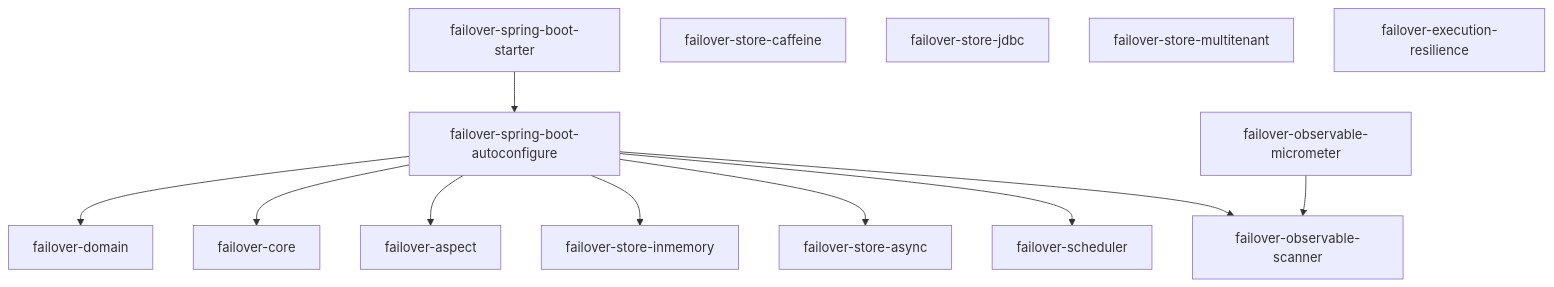
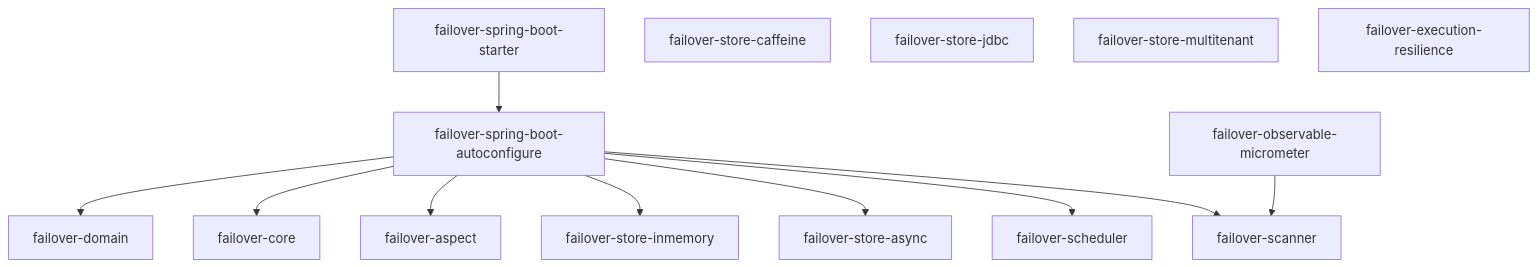
Before and after one commit to societe-generale/failover: the diagram in docs/modules/index.md, drawn with Mermaid. The commit also changed other lines of this file and 18 other files, not shown here.

First line of the commit message:
refactor: rename the failover observable scanner to failover scanner, report to failover test report (#152)

````diff
--- a/docs/modules/index.md
+++ b/docs/modules/index.md
@@ -9,27 +9,27 @@
 ```mermaid
 flowchart TD
     STARTER[failover-spring-boot-starter]
     AC[failover-spring-boot-autoconfigure]
     DOMAIN[failover-domain]
     CORE[failover-core]
     ASPECT[failover-aspect]
     IMM[failover-store-inmemory]
     CAF[failover-store-caffeine]
     JDBC[failover-store-jdbc]
     ASYNC[failover-store-async]
     MT[failover-store-multitenant]
     RES[failover-execution-resilience]
     SCHED[failover-scheduler]
-    SCAN[failover-observable-scanner]
+    SCAN[failover-scanner]
     MIC[failover-observable-micrometer]
 
     STARTER --> AC
     AC --> DOMAIN
     AC --> CORE
     AC --> ASPECT
     AC --> IMM
     AC --> ASYNC
     AC --> SCHED
     AC --> SCAN
     MIC --> SCAN
 ```
````
